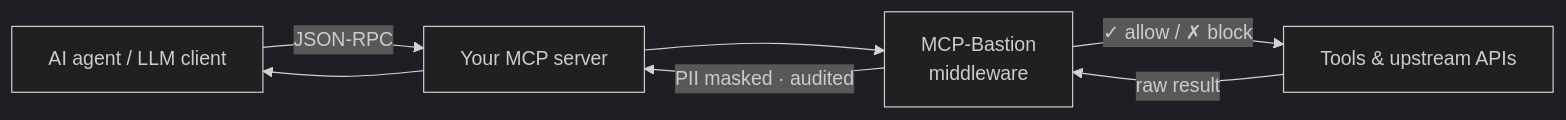
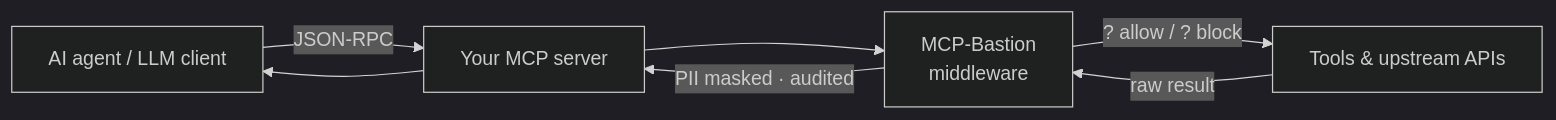
The first of 2 diagrams in README.md (vaquarkhan/MCP-Bastion), drawn with Mermaid (dark theme) before and after one commit. The commit also changed other lines of this file and 81 other files, not shown here.

First line of the commit message:
Prove Cedar authorize against the real CLI, ship Mermaid/SVG docs, and bump 4.0.1 for republish.

````diff
--- a/README.md
+++ b/README.md
@@ -496,14 +991,27 @@
 ```mermaid
+
 flowchart LR
+
   Agent["AI agent / LLM client"]
+
   Server["Your MCP server"]
+
   Bastion["MCP-Bastion<br/>middleware"]
+
   Tools["Tools & upstream APIs"]
 
+
+
   Agent -->|"JSON-RPC"| Server
+
   Server --> Bastion
-  Bastion -->|"✓ allow / ✗ block"| Tools
+
+  Bastion -->|"? allow / ? block"| Tools
+
   Tools -->|"raw result"| Bastion
+
   Bastion -->|"PII masked · audited"| Server
+
   Server --> Agent
+
 ```
````
